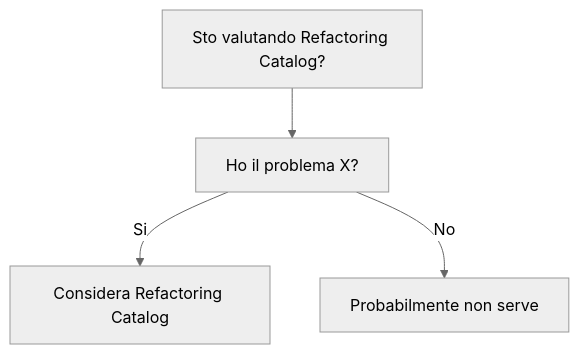
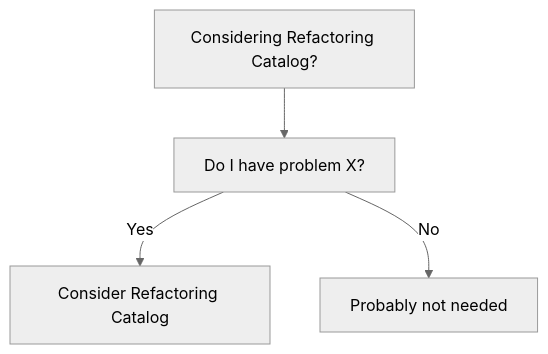
Before and after one commit to HxT9/Software-Dev-Wiki: the diagram in dev-wiki/26_Refactoring/Refactoring_Catalog/When_To_Use.md, drawn with Mermaid (neutral theme). The commit also changed other lines of this file and 3444 other files, not shown here.

````diff
--- a/dev-wiki/26_Refactoring/Refactoring_Catalog/When_To_Use.md
+++ b/dev-wiki/26_Refactoring/Refactoring_Catalog/When_To_Use.md
@@ -19,6 +19,6 @@
 ```mermaid
 flowchart TD
-  Q[Sto valutando Refactoring Catalog?] --> Q1[Ho il problema X?]
-  Q1 -->|Si| OK[Considera Refactoring Catalog]
-  Q1 -->|No| NO[Probabilmente non serve]
+  Q[Considering Refactoring Catalog?] --> Q1[Do I have problem X?]
+  Q1 -->|Yes| OK[Consider Refactoring Catalog]
+  Q1 -->|No| NO[Probably not needed]
 ```
````
